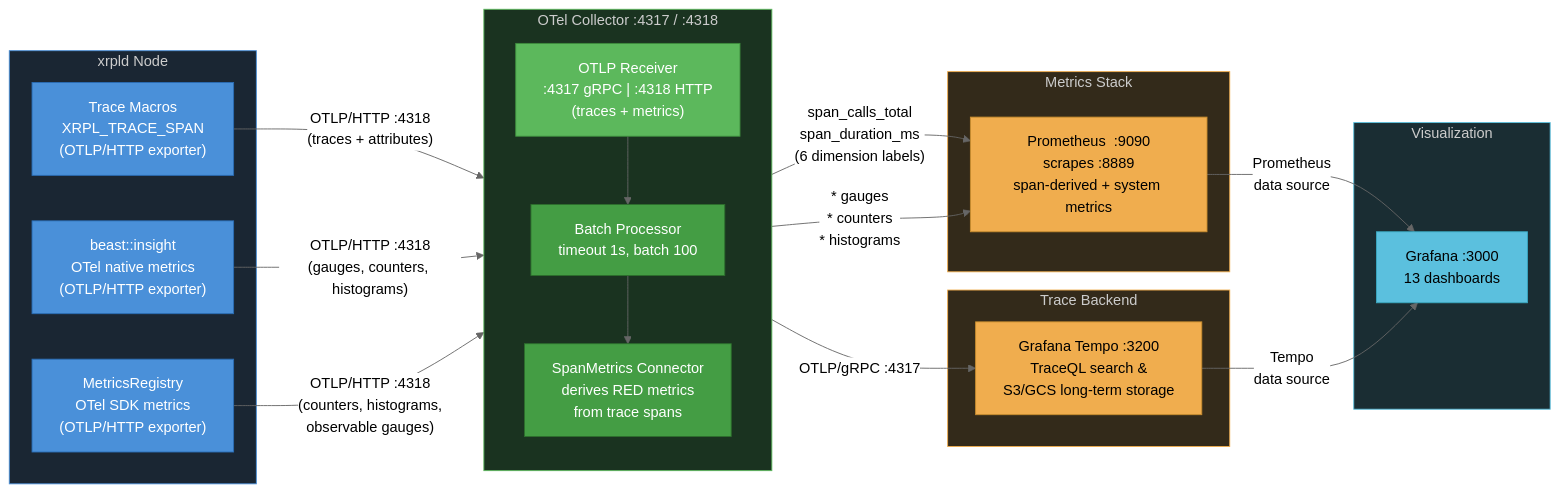
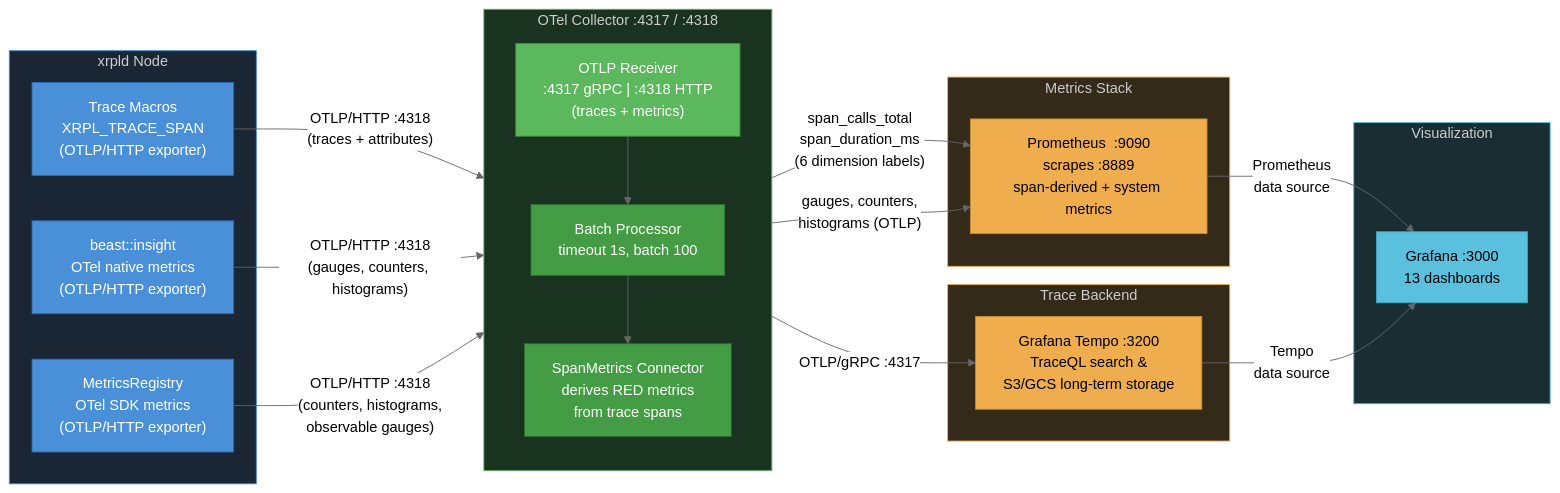
Before and after one commit to XRPLF/rippled: the diagram in OpenTelemetryPlan/09-data-collection-reference.md, drawn with Mermaid (neutral theme). The commit also changed other lines of this file and 34 other files, not shown here.

````diff
--- a/OpenTelemetryPlan/09-data-collection-reference.md
+++ b/OpenTelemetryPlan/09-data-collection-reference.md
@@ -9,57 +9,57 @@
 ```mermaid
 graph LR
     subgraph xrpldNode["xrpld Node"]
         A["Trace Macros<br/>XRPL_TRACE_SPAN<br/>(OTLP/HTTP exporter)"]
         B["beast::insight<br/>OTel native metrics<br/>(OTLP/HTTP exporter)"]
         C["MetricsRegistry<br/>OTel SDK metrics<br/>(OTLP/HTTP exporter)"]
     end
 
     subgraph collector["OTel Collector  :4317 / :4318"]
         direction TB
         R1["OTLP Receiver<br/>:4317 gRPC  |  :4318 HTTP<br/>(traces + metrics)"]
         BP["Batch Processor<br/>timeout 1s, batch 100"]
         SM["SpanMetrics Connector<br/>derives RED metrics<br/>from trace spans"]
 
         R1 --> BP
         BP --> SM
     end
 
     subgraph backends["Trace Backend"]
         D["Grafana Tempo  :3200<br/>TraceQL search &<br/>S3/GCS long-term storage"]
     end
 
     subgraph metrics["Metrics Stack"]
         E["Prometheus  :9090<br/>scrapes :8889<br/>span-derived + system metrics"]
     end
 
     subgraph viz["Visualization"]
         F["Grafana  :3000<br/>13 dashboards"]
     end
 
     A -->|"OTLP/HTTP :4318<br/>(traces + attributes)"| R1
     B -->|"OTLP/HTTP :4318<br/>(gauges, counters, histograms)"| R1
     C -->|"OTLP/HTTP :4318<br/>(counters, histograms,<br/>observable gauges)"| R1
 
     BP -->|"OTLP/gRPC :4317"| D
 
     SM -->|"span_calls_total<br/>span_duration_ms<br/>(6 dimension labels)"| E
-    R1 -->|"* gauges<br/>* counters<br/>* histograms"| E
+    R1 -->|"gauges, counters,<br/>histograms (OTLP)"| E
 
     E -->|"Prometheus<br/>data source"| F
     D -->|"Tempo<br/>data source"| F
 
     style A fill:#4a90d9,color:#fff,stroke:#2a6db5
     style B fill:#4a90d9,color:#fff,stroke:#2a6db5
     style C fill:#4a90d9,color:#fff,stroke:#2a6db5
     style R1 fill:#5cb85c,color:#fff,stroke:#3d8b3d
     style BP fill:#449d44,color:#fff,stroke:#2d6e2d
     style SM fill:#449d44,color:#fff,stroke:#2d6e2d
     style D fill:#f0ad4e,color:#000,stroke:#c78c2e
     style E fill:#f0ad4e,color:#000,stroke:#c78c2e
     style F fill:#5bc0de,color:#000,stroke:#3aa8c1
     style xrpldNode fill:#1a2633,color:#ccc,stroke:#4a90d9
     style collector fill:#1a3320,color:#ccc,stroke:#5cb85c
     style backends fill:#332a1a,color:#ccc,stroke:#f0ad4e
     style metrics fill:#332a1a,color:#ccc,stroke:#f0ad4e
     style viz fill:#1a2d33,color:#ccc,stroke:#5bc0de
 ```
````
